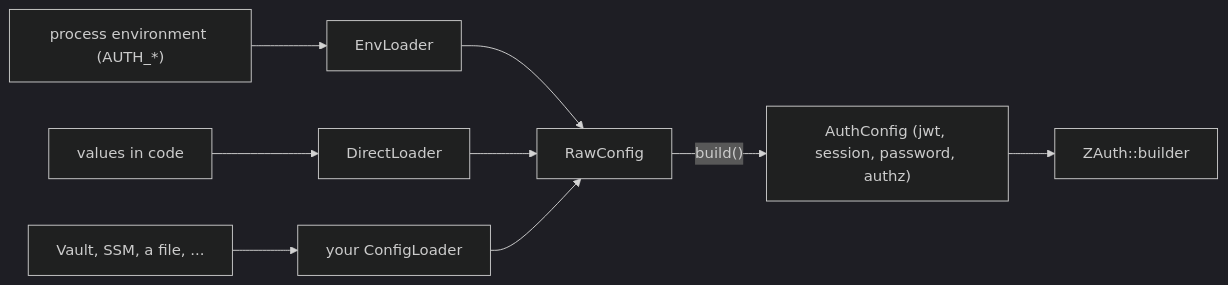
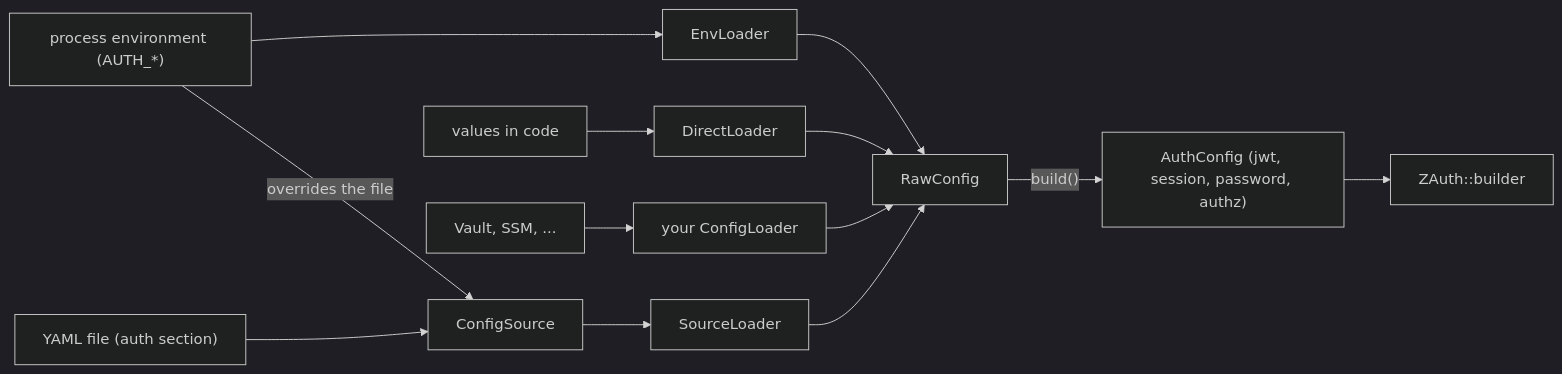
One commit to eugenezimin/auth-lib changed the diagram in docs/configuration.md. Above: the diagram before and after it, drawn with Mermaid (dark theme). The commit also changed other lines of this file and 12 other files, not shown here.

````diff
--- a/docs/configuration.md
+++ b/docs/configuration.md
@@ -9,11 +9,15 @@
 ```mermaid
 flowchart LR
     env["process environment (AUTH_*)"] --> el["EnvLoader"]
+    file["YAML file (auth section)"] --> src["ConfigSource"]
+    env -->|"overrides the file"| src
+    src --> sl["SourceLoader"]
     code["values in code"] --> dl["DirectLoader"]
-    other["Vault, SSM, a file, ..."] --> cl["your ConfigLoader"]
+    other["Vault, SSM, ..."] --> cl["your ConfigLoader"]
     el --> raw["RawConfig"]
+    sl --> raw
     dl --> raw
     cl --> raw
     raw -->|"build()"| cfg["AuthConfig (jwt, session, password, authz)"]
     cfg --> zb["ZAuth::builder"]
 ```
````
